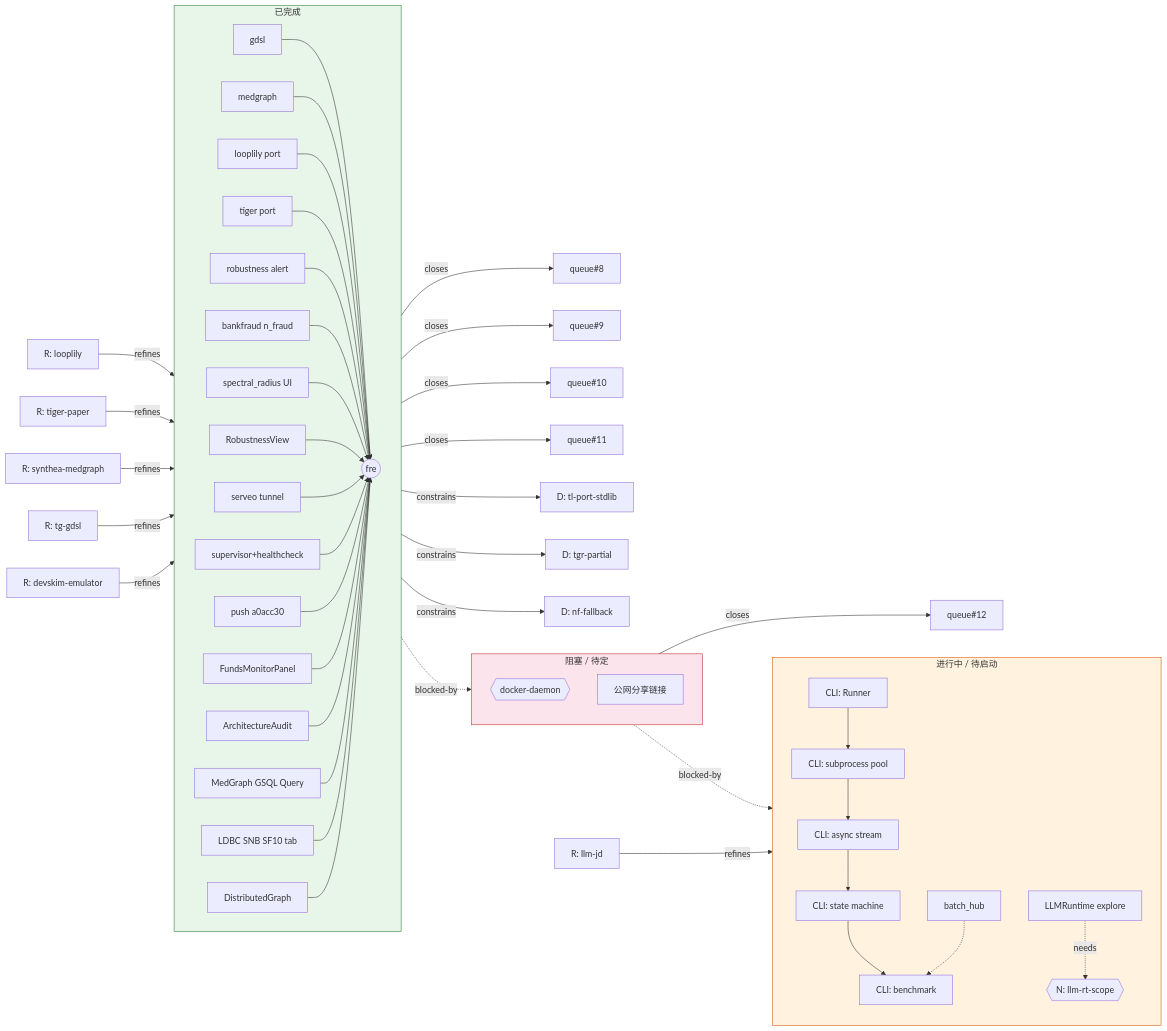
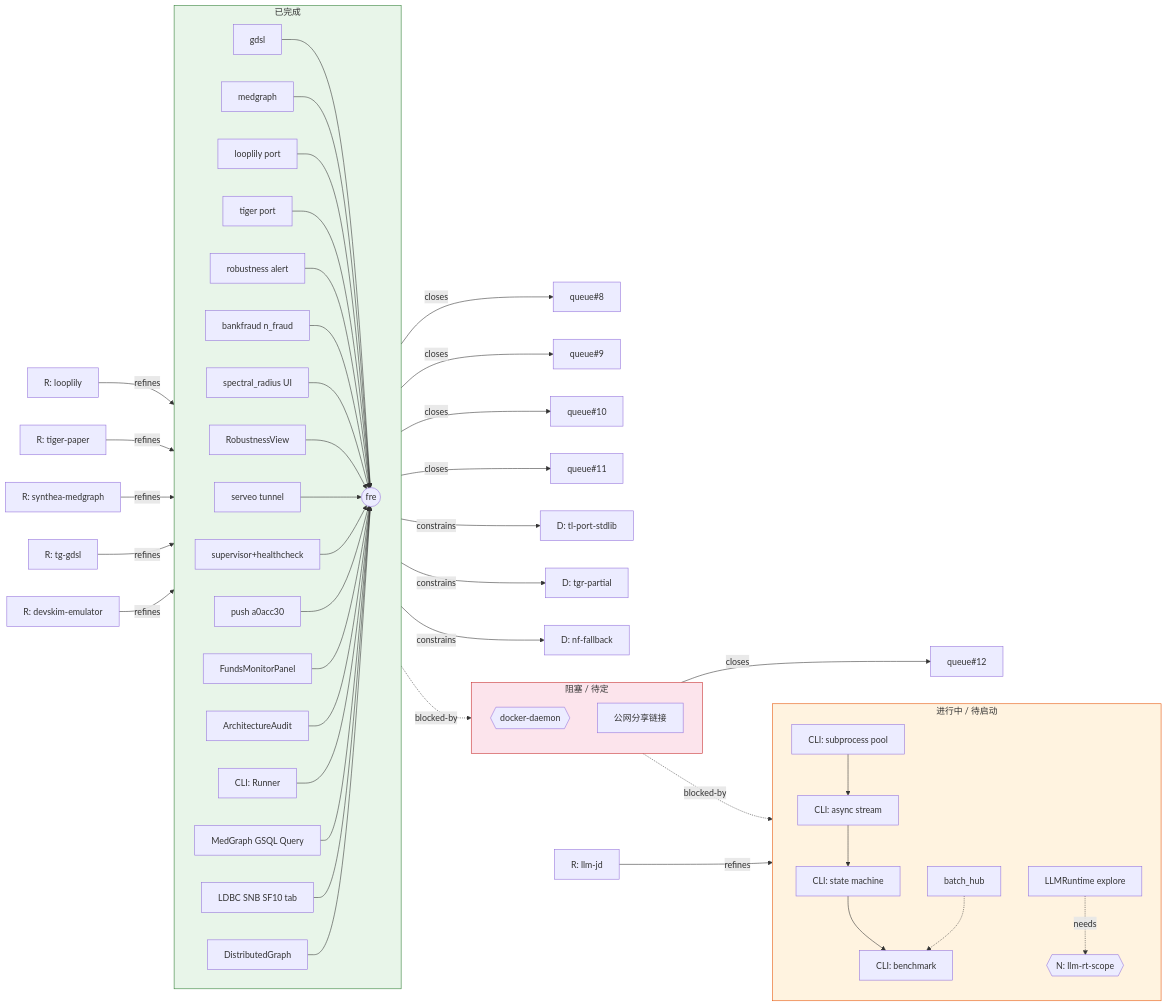
One commit to zhenyu666-debug/xiaohongshu-Loop changed the diagram in graph_chain.tiger.md. Above: the diagram before and after it, drawn with Mermaid. The commit also changed other lines of this file and 1 other file, not shown here.

Commit message:
docs(graph): close W:cli-1 (DONE) + D:cli-1-default-auto + move out of doing subgraph

````diff
--- a/graph_chain.tiger.md
+++ b/graph_chain.tiger.md
@@ -114,69 +115,69 @@
 ```mermaid
 flowchart LR
   subgraph done["已完成"]
     direction LR
     style done fill:#e8f5e9,stroke:#2e7d32
     Wgdsl[gdsl] --> Pfre
     Wmed[medgraph] --> Pfre
     Wtl[looplily port] --> Pfre
     Wtgr[tiger port] --> Pfre
     Wcov[robustness alert] --> Pfre
     Wnf[bankfraud n_fraud] --> Pfre
     Wspec[spectral_radius UI] --> Pfre
     Wrob[RobustnessView] --> Pfre
     Wtun[serveo tunnel] --> Pfre
     Wsup[supervisor+healthcheck] --> Pfre
     Wpush[push a0acc30] --> Pfre
     Wfmp[FundsMonitorPanel] --> Pfre
     Warc[ArchitectureAudit] --> Pfre
+    Wcli1[CLI: Runner] --> Pfre
     Wmgq[MedGraph GSQL Query] --> Pfre
     Wsf10[LDBC SNB SF10 tab] --> Pfre
     Wdist[DistributedGraph] --> Pfre
   end
 
   subgraph doing["进行中 / 待启动"]
     direction TB
     style doing fill:#fff3e0,stroke:#e65100
     Wllm[LLMRuntime explore]
-    Wcli1[CLI: Runner]
     Wcli2[CLI: subprocess pool]
     Wcli3[CLI: async stream]
     Wcli4[CLI: state machine]
     Wcli5[CLI: benchmark]
     Wbgh[batch_hub]
 
-    Wcli1 --> Wcli2 --> Wcli3 --> Wcli4 --> Wcli5
+    Wcli2 --> Wcli3 --> Wcli4 --> Wcli5
     Wbgh -.-> Wcli5
     Wllm -. needs .-> Bllmrt
   end
 
   subgraph blockers["阻塞 / 待定"]
     direction TB
     style blockers fill:#fce4ec,stroke:#c62828
     Bllmrt{{"N: llm-rt-scope"}}
     Bdocker{{docker-daemon}}
     Wshare[公网分享链接]
   end
 
   Pfre((fre))
 
   Wrob -- closes --> L8[queue#8]
   Wspec -- closes --> L9[queue#9]
   Wnf -- closes --> L10[queue#10]
   Wnf -- closes --> L11[queue#11]
   Wshare -- closes --> L12[queue#12]
 
   Wtl -- constrains --> D1[D: tl-port-stdlib]
   Wtgr -- constrains --> D2[D: tgr-partial]
   Wnf -- constrains --> D3[D: nf-fallback]
 
   Wshare -. blocked-by .-> Bllmrt
   Wsup -. blocked-by .-> Bdocker
 
   R1[R: looplily] -- refines --> Wtl
   R2[R: tiger-paper] -- refines --> Wtgr
   R3[R: synthea-medgraph] -- refines --> Wmed
   R4[R: tg-gdsl] -- refines --> Wgdsl
   R5[R: devskim-emulator] -- refines --> Wcov
   R6[R: llm-jd] -- refines --> Wllm
 ```
````
